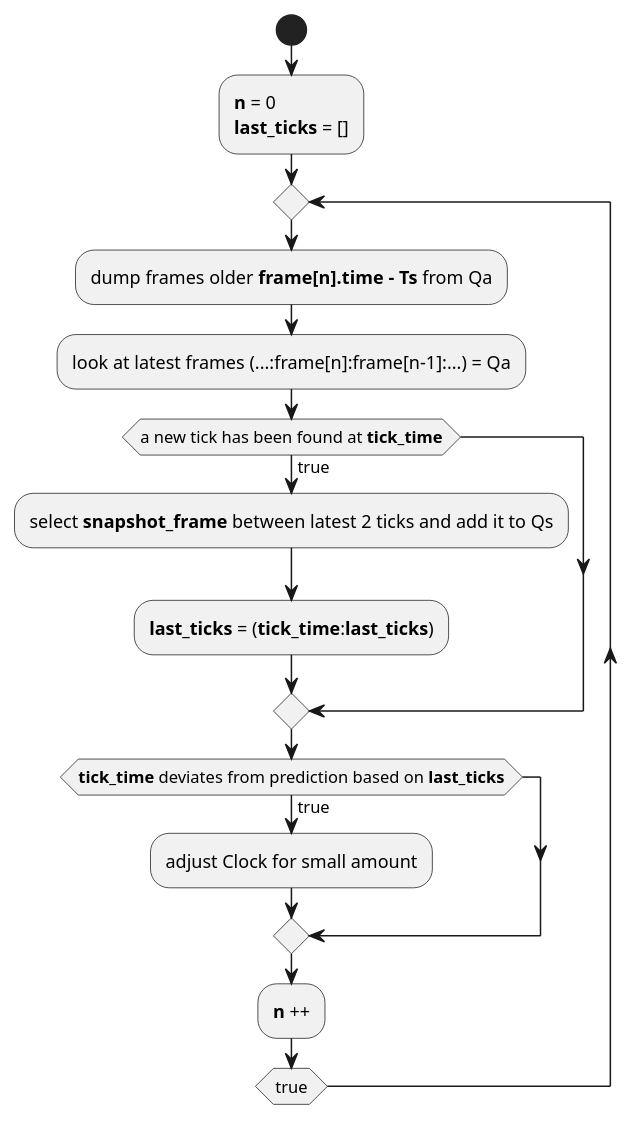
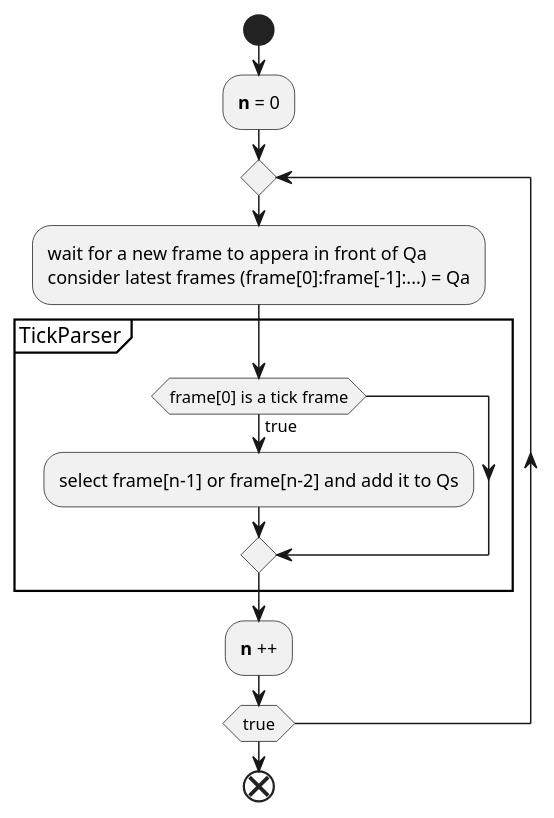
One commit to EsGeh/rtes-synchronome-project changed the second of 8 diagrams in doc/1_system-design.md. Above: the diagram before and after it, drawn with PlantUML. The commit also changed other lines of this file and 14 other files, not shown here.

Commit message:
update doc: design of select and timing diagrams based measurments.

````diff
--- a/doc/1_system-design.md
+++ b/doc/1_system-design.md
@@ -70,17 +68,15 @@
 ```plantuml
 start
-:**n** = 0
-**last_ticks** = [];
+:**n** = 0;
 repeat
-:dump frames older **frame[n].time - Ts** from Qa;
-:look at latest frames (...:frame[n]:frame[n-1]:...) = Qa;
-if (a new tick has been found at **tick_time**) is (true) then
-:select **snapshot_frame** between latest 2 ticks and add it to Qs;
-:**last_ticks** = (**tick_time**:**last_ticks**);
-endif
-if (**tick_time** deviates from prediction based on **last_ticks**) is (true) then
-:adjust Clock for small amount;
-endif
+:wait for a new frame to appera in front of Qa
+consider latest frames (frame[0]:frame[-1]:...) = Qa;
+partition TickParser {
+    if (frame[0] is a tick frame) is (true) then
+    :select frame[n-1] or frame[n-2] and add it to Qs;
+    endif
+}
 :**n** ++;
 repeat while(true)
+end
 ```
````
